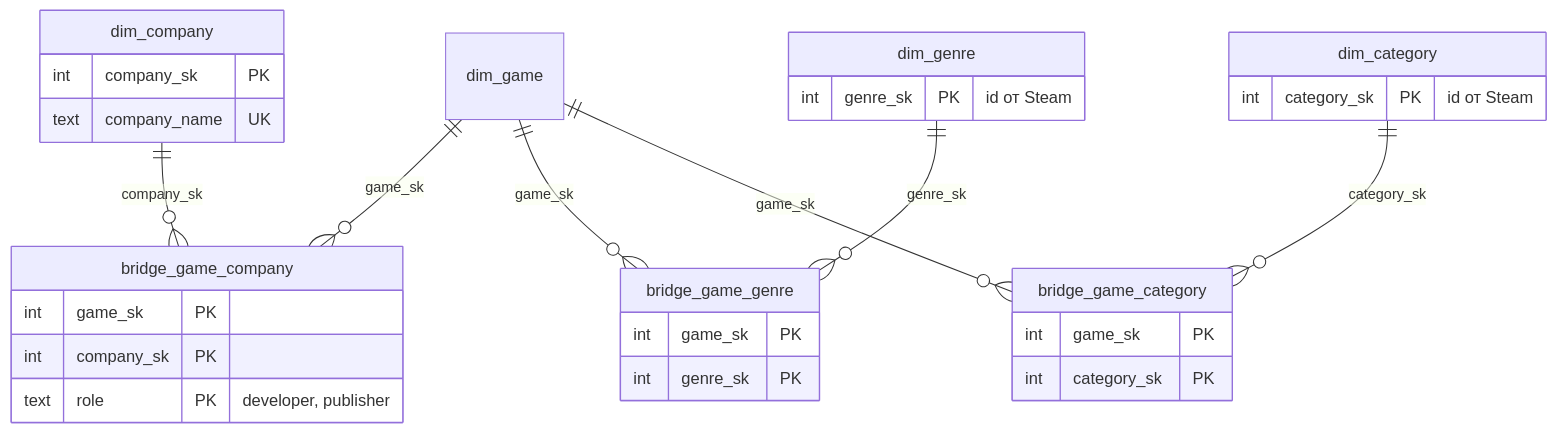
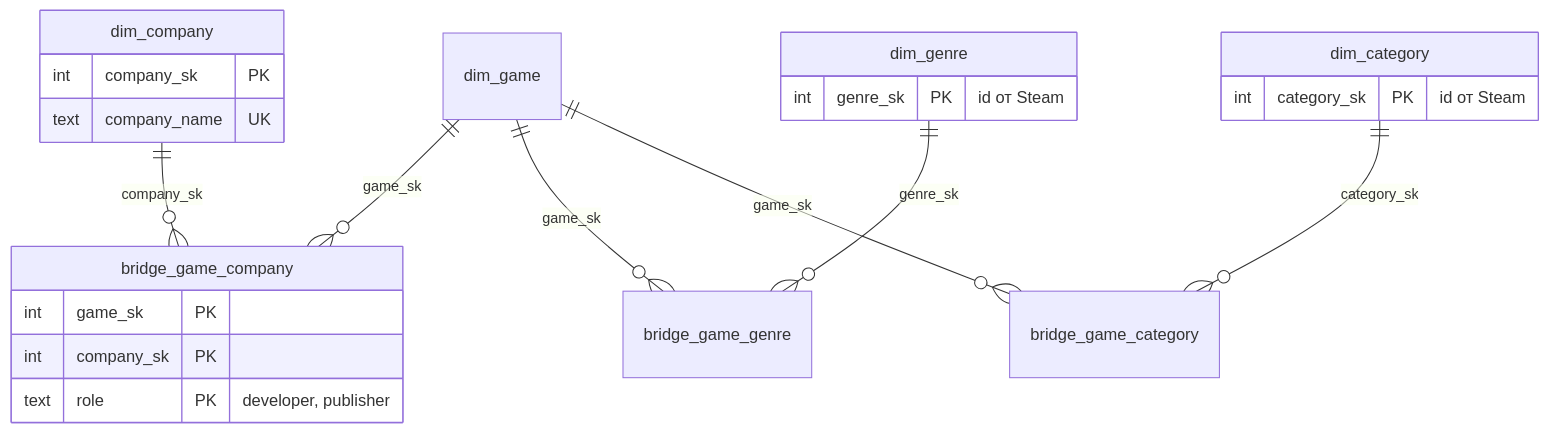
One commit to lebedev-ay/steam-health changed the third of 3 diagrams in docs/model.md. Above: the diagram before and after it, drawn with Mermaid. The commit also changed other lines of this file and 1 other file, not shown here.

````diff
--- a/docs/model.md
+++ b/docs/model.md
@@ -123,33 +107,25 @@
 ```mermaid
 erDiagram
     dim_game ||--o{ bridge_game_company : "game_sk"
     dim_game ||--o{ bridge_game_genre : "game_sk"
     dim_game ||--o{ bridge_game_category : "game_sk"
     dim_company ||--o{ bridge_game_company : "company_sk"
     dim_genre ||--o{ bridge_game_genre : "genre_sk"
     dim_category ||--o{ bridge_game_category : "category_sk"
 
     dim_company {
         int company_sk PK
         text company_name UK
     }
     dim_genre {
         int genre_sk PK "id от Steam"
     }
     dim_category {
         int category_sk PK "id от Steam"
     }
     bridge_game_company {
         int game_sk PK
         int company_sk PK
         text role PK "developer, publisher"
     }
-    bridge_game_genre {
-        int game_sk PK
-        int genre_sk PK
-    }
-    bridge_game_category {
-        int game_sk PK
-        int category_sk PK
-    }
 ```
````
